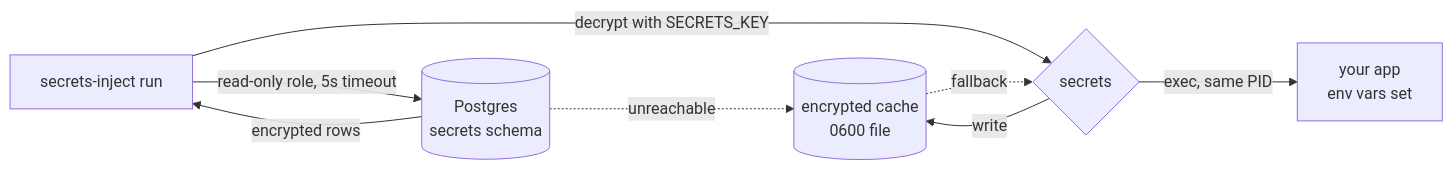
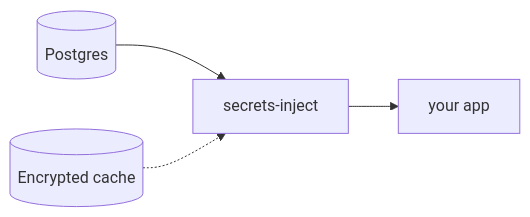
The diagram in README.md (phoscoder/convert-injector), drawn with Mermaid before and after one commit. The commit also changed other lines of this file, not shown here.

Commit message:
docs: simplify the architecture diagram

````diff
--- a/README.md
+++ b/README.md
@@ -24,10 +24,5 @@
 ```mermaid
 flowchart LR
-    A[secrets-inject run] -->|read-only role, 5s timeout| B[(Postgres<br/>secrets schema)]
-    B -->|encrypted rows| A
-    A -->|decrypt with SECRETS_KEY| C{secrets}
-    C -->|write| D[(encrypted cache<br/>0600 file)]
-    B -. unreachable .-> D
-    D -. fallback .-> C
-    C -->|exec, same PID| E[your app<br/>env vars set]
+    DB[(Postgres)] --> RUN[secrets-inject] --> APP[your app]
+    CACHE[(Encrypted cache)] -.-> RUN
 ```
````
